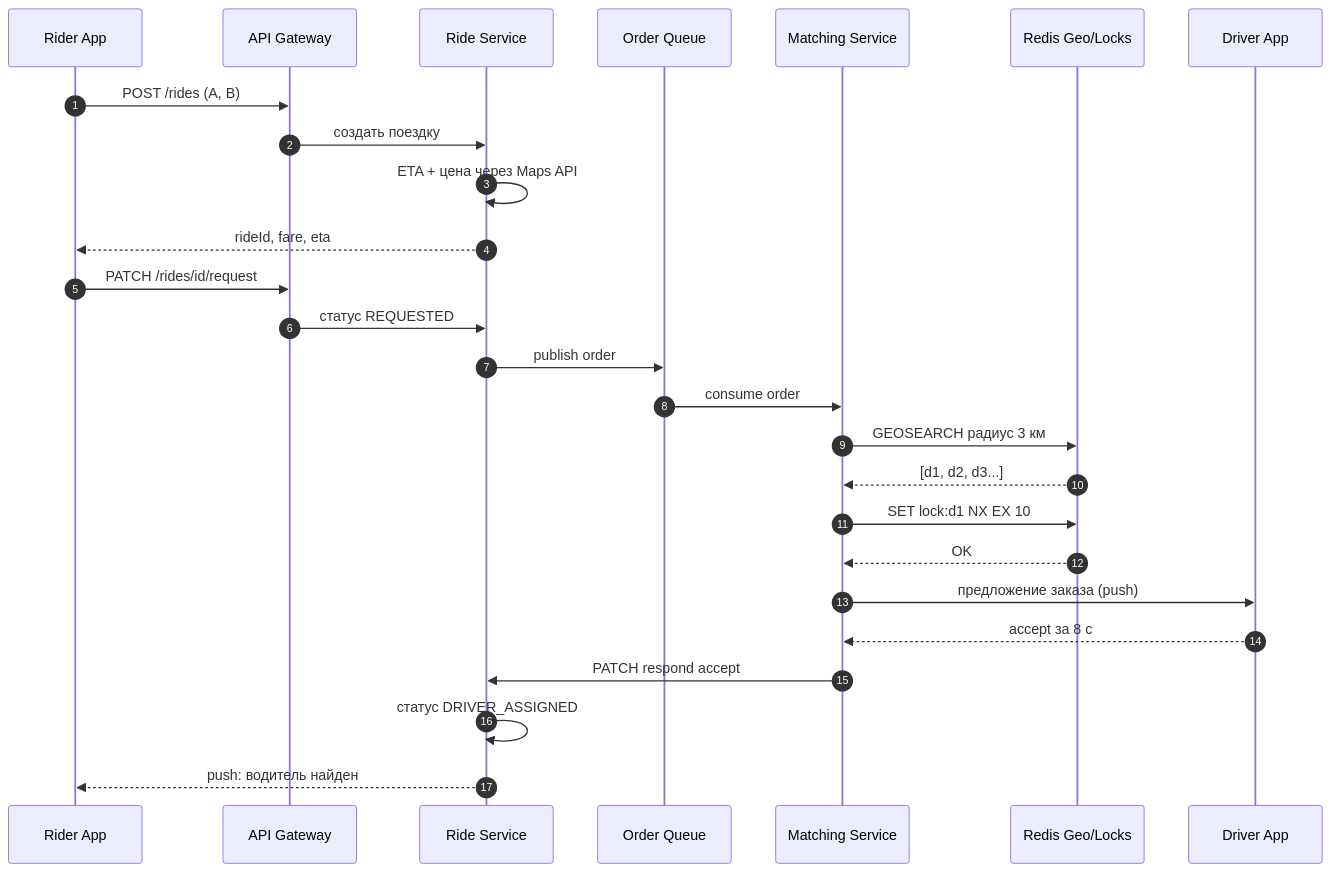
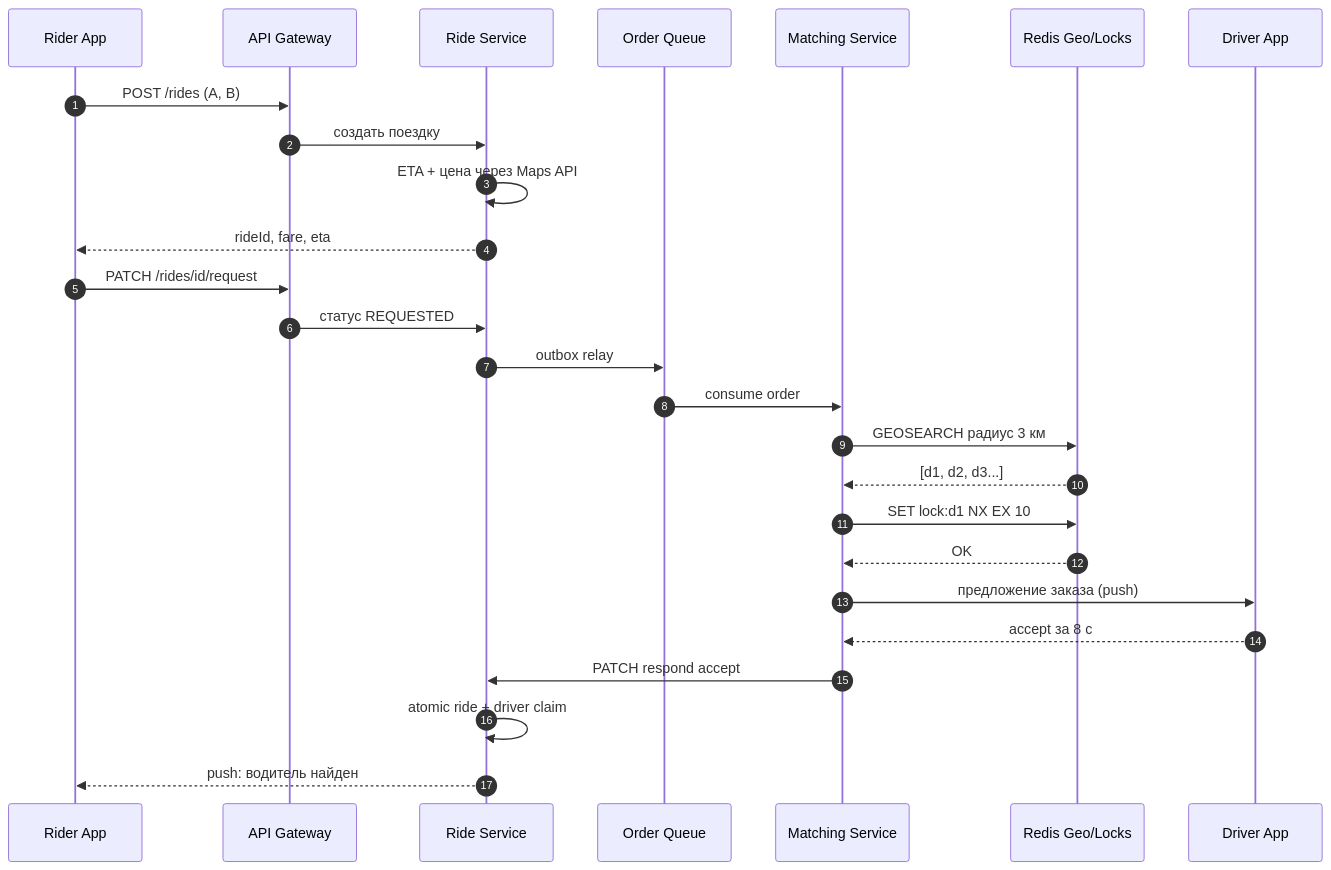
One commit to AlohaJava/system-design-interview-chamkin changed the second of 5 diagrams in 02-case-studies/ride-sharing.md. Above: the diagram before and after it, drawn with Mermaid. The commit also changed other lines of this file and 49 other files, not shown here.

````diff
--- a/02-case-studies/ride-sharing.md
+++ b/02-case-studies/ride-sharing.md
@@ -336,29 +340,29 @@
 ```mermaid
 sequenceDiagram
     autonumber
     participant R as Rider App
     participant G as API Gateway
     participant RS as Ride Service
     participant Q as Order Queue
     participant M as Matching Service
     participant L as Redis Geo/Locks
     participant D as Driver App
 
     R->>G: POST /rides (A, B)
     G->>RS: создать поездку
     RS->>RS: ETA + цена через Maps API
     RS-->>R: rideId, fare, eta
     R->>G: PATCH /rides/id/request
     G->>RS: статус REQUESTED
-    RS->>Q: publish order
+    RS->>Q: outbox relay
     Q->>M: consume order
     M->>L: GEOSEARCH радиус 3 км
     L-->>M: [d1, d2, d3...]
     M->>L: SET lock:d1 NX EX 10
     L-->>M: OK
     M->>D: предложение заказа (push)
     D-->>M: accept за 8 с
     M->>RS: PATCH respond accept
-    RS->>RS: статус DRIVER_ASSIGNED
+    RS->>RS: atomic ride + driver claim
     RS-->>R: push: водитель найден
 ```
````
